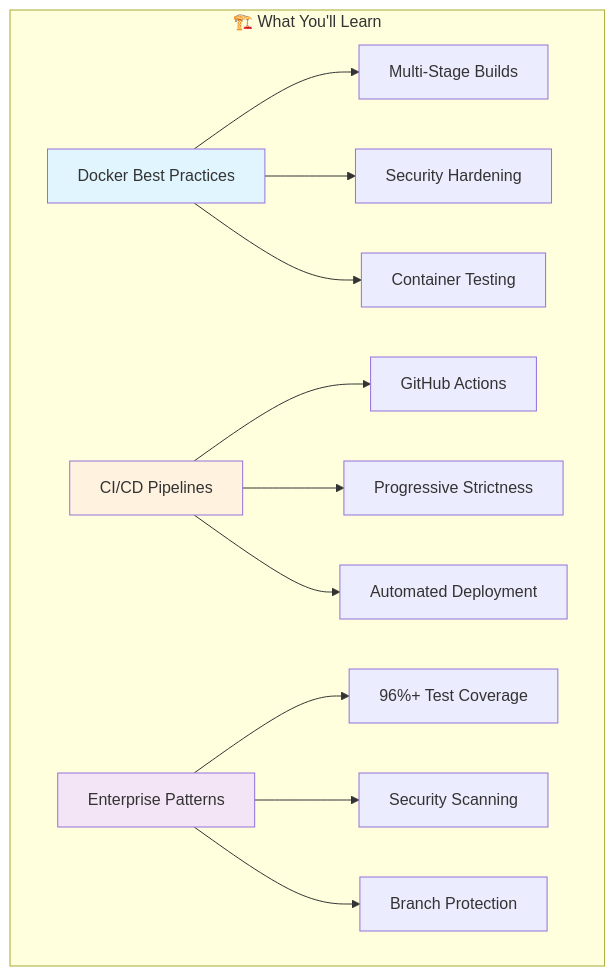
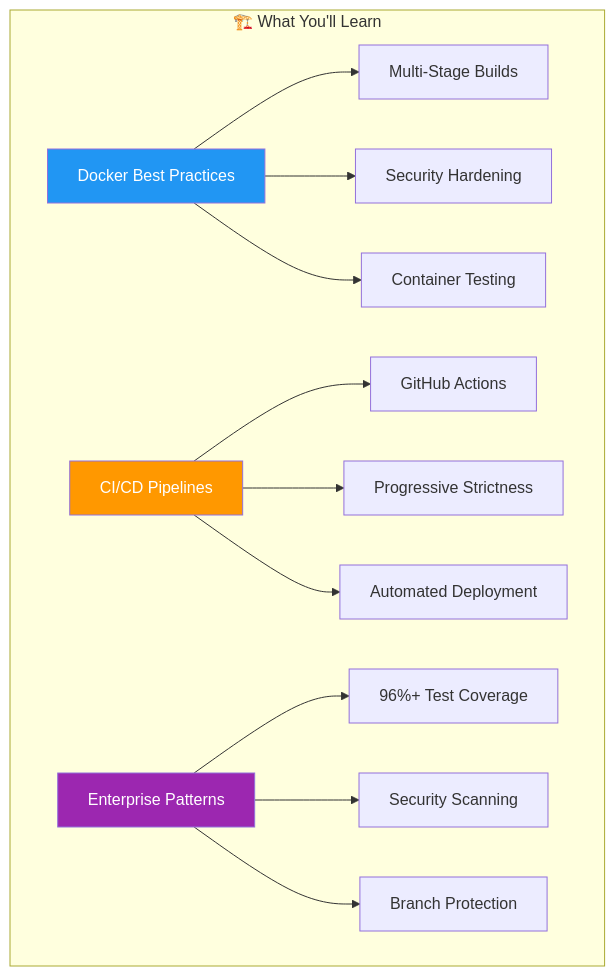
One commit to mvalancy-mt/training-materials changed the first of 10 diagrams in README.md. Above: the diagram before and after it, drawn with Mermaid. The commit also changed other lines of this file and 2 other files, not shown here.

First line of the commit message:
fix: improve mermaid diagram readability with high-contrast colors (#9)

````diff
--- a/README.md
+++ b/README.md
@@ -8,20 +8,20 @@
 ```mermaid
 graph TB
     subgraph "🏗️ What You'll Learn"
         A[Docker Best Practices] --> B[Multi-Stage Builds]
         A --> C[Security Hardening]
         A --> D[Container Testing]
 
         E[CI/CD Pipelines] --> F[GitHub Actions]
         E --> G[Progressive Strictness]
         E --> H[Automated Deployment]
 
         I[Enterprise Patterns] --> J[96%+ Test Coverage]
         I --> K[Security Scanning]
         I --> L[Branch Protection]
     end
 
-    style A fill:#e1f5fe
-    style E fill:#fff3e0
-    style I fill:#f3e5f5
+    style A fill:#2196f3,color:#ffffff
+    style E fill:#ff9800,color:#ffffff
+    style I fill:#9c27b0,color:#ffffff
 ```
````
